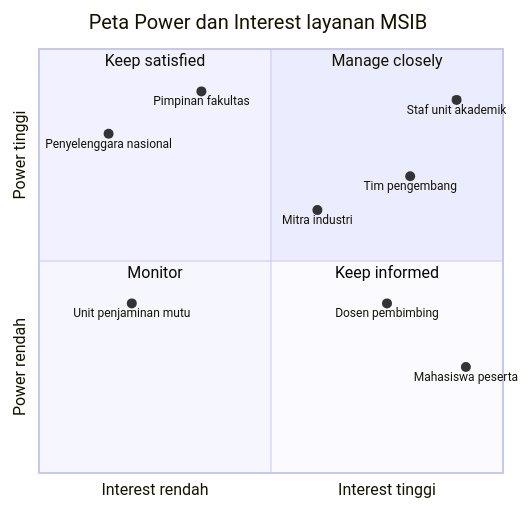
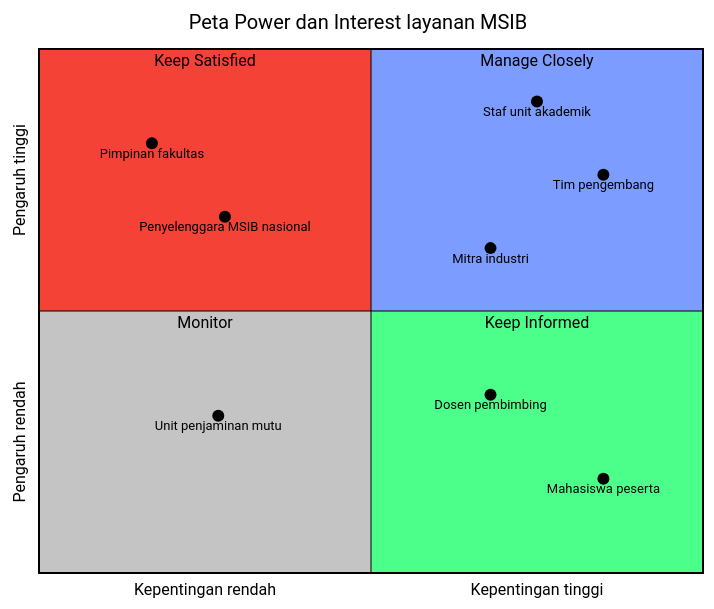
Before and after one commit to nabilgitver/apl-tugas1-kelompok06: the diagram in apl-tugas1-kelompok06/laporan/A2-stakeholder.md, drawn with Mermaid.

Commit message:
[A2] ganti peta power/interest dengan diagram Mermaid

````diff
--- a/apl-tugas1-kelompok06/laporan/A2-stakeholder.md
+++ b/apl-tugas1-kelompok06/laporan/A2-stakeholder.md
@@ -20,18 +20,19 @@
 ```mermaid
+%%{init: {"theme": "base", "themeVariables": {"quadrant1Fill": "#7C9CFF", "quadrant2Fill": "#F44336", "quadrant3Fill": "#C4C4C4", "quadrant4Fill": "#4CFF8A", "quadrant1TextFill": "#000000", "quadrant2TextFill": "#000000", "quadrant3TextFill": "#000000", "quadrant4TextFill": "#000000", "quadrantPointFill": "#000000", "quadrantPointTextFill": "#000000", "quadrantXAxisTextFill": "#000000", "quadrantYAxisTextFill": "#000000", "quadrantTitleFill": "#000000", "quadrantInternalBorderStrokeFill": "#000000", "quadrantExternalBorderStrokeFill": "#000000"}, "quadrantChart": {"chartWidth": 700, "chartHeight": 600, "pointRadius": 6, "pointLabelFontSize": 13}}}%%
 quadrantChart
     title Peta Power dan Interest layanan MSIB
-    x-axis Interest rendah --> Interest tinggi
-    y-axis Power rendah --> Power tinggi
-    quadrant-1 Manage closely
-    quadrant-2 Keep satisfied
+    x-axis Kepentingan rendah --> Kepentingan tinggi
+    y-axis Pengaruh rendah --> Pengaruh tinggi
+    quadrant-1 Manage Closely
+    quadrant-2 Keep Satisfied
     quadrant-3 Monitor
-    quadrant-4 Keep informed
-    Mahasiswa peserta: [0.92, 0.25]
-    Dosen pembimbing: [0.75, 0.4]
-    Staf unit akademik: [0.9, 0.88]
-    Pimpinan fakultas: [0.35, 0.9]
-    Mitra industri: [0.6, 0.62]
-    Tim pengembang: [0.8, 0.7]
-    Penyelenggara nasional: [0.15, 0.8]
-    Unit penjaminan mutu: [0.2, 0.4]
+    quadrant-4 Keep Informed
+    Pimpinan fakultas: [0.17, 0.82]
+    Penyelenggara MSIB nasional: [0.28, 0.68]
+    Staf unit akademik: [0.75, 0.90]
+    Tim pengembang: [0.85, 0.76]
+    Mitra industri: [0.68, 0.62]
+    Unit penjaminan mutu: [0.27, 0.30]
+    Dosen pembimbing: [0.68, 0.34]
+    Mahasiswa peserta: [0.85, 0.18]
 ```
````
